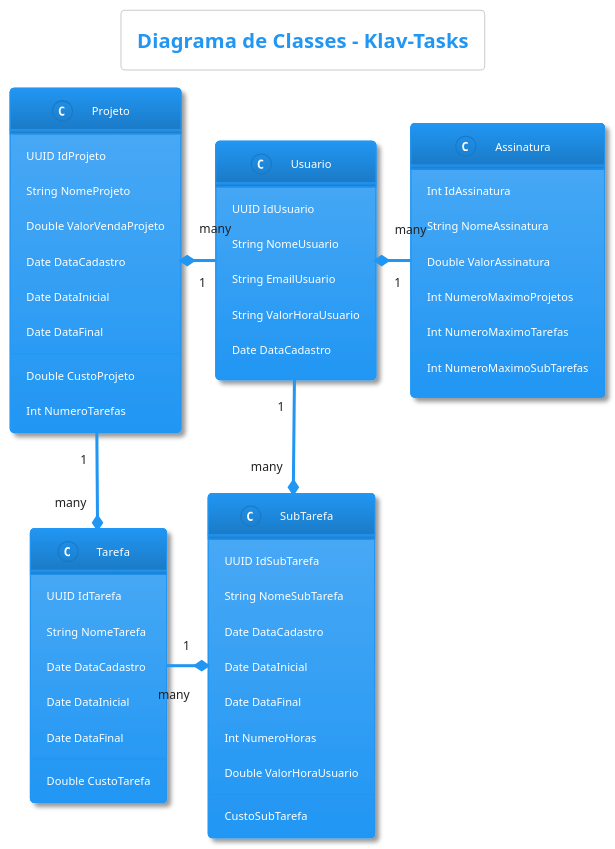
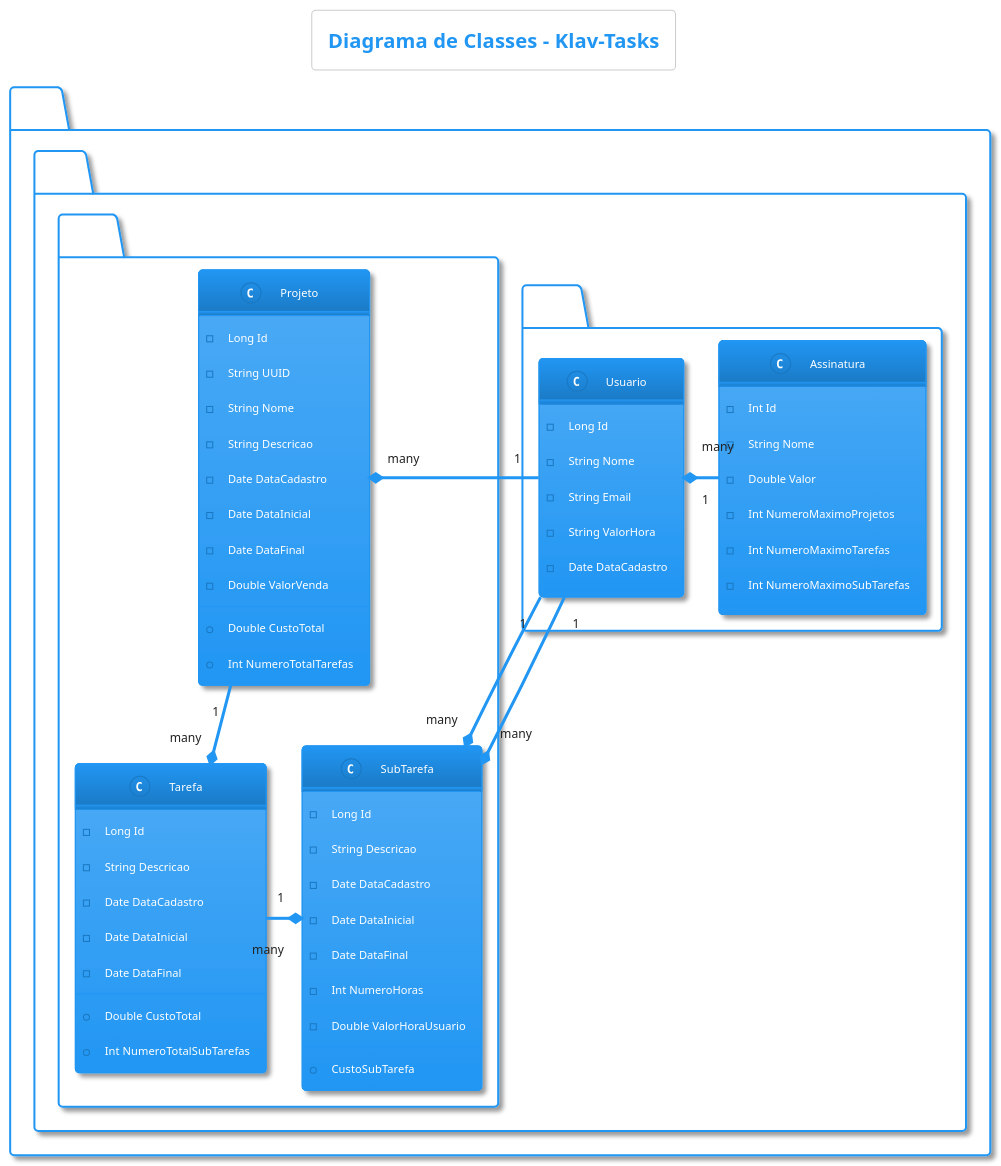
The diagram in klav-tasks-uml.puml (valkcastellani/klav-tasks), drawn with PlantUML before and after one commit.

Commit message:
Atualização do Diagrama de Classes

```diff
--- a/klav-tasks-uml.puml
+++ b/klav-tasks-uml.puml
@@ -1,61 +1,71 @@
 @startuml
 !theme materia
 
 skin rose
 
 title Diagrama de Classes - Klav-Tasks
 
-class Assinatura {
-  {field} Int IdAssinatura
-  {field} String NomeAssinatura
-  {field} Double ValorAssinatura
-  {field} Int NumeroMaximoProjetos
-  {field} Int NumeroMaximoTarefas
-  {field} Int NumeroMaximoSubTarefas
+package com.klav.users {
+
+  class Assinatura {
+    -{field} Int Id
+    -{field} String Nome
+    -{field} Double Valor
+    -{field} Int NumeroMaximoProjetos
+    -{field} Int NumeroMaximoTarefas
+    -{field} Int NumeroMaximoSubTarefas
+  }
+  
+  class Usuario {
+    -{field} Long Id
+    -{field} String Nome
+    -{field} String Email
+    -{field} String ValorHora
+    -{field} Date DataCadastro
+  }
 }
 
-class Usuario {
-  {field} UUID IdUsuario
-  {field} String NomeUsuario
-  {field} String EmailUsuario
-  {field} String ValorHoraUsuario
-  {field} Date DataCadastro
-}
-
-class Projeto {
-  {field} UUID IdProjeto
-  {field} String NomeProjeto
-  {field} Double ValorVendaProjeto
-  {field} Date DataCadastro
-  {field} Date DataInicial
-  {field} Date DataFinal
-  {method} Double CustoProjeto
-  {method} Int NumeroTarefas
-}
-
-class Tarefa {
-  {field} UUID IdTarefa
-  {field} String NomeTarefa
-  {field} Date DataCadastro
-  {field} Date DataInicial
-  {field} Date DataFinal
-  {method} Double CustoTarefa
-}
-
-class SubTarefa {
-  {field} UUID IdSubTarefa
-  {field} String NomeSubTarefa
-  {field} Date DataCadastro
-  {field} Date DataInicial
-  {field} Date DataFinal
-  {field} Int NumeroHoras
-  {field} Double ValorHoraUsuario
-  {method} CustoSubTarefa
+package com.klav.tasks {
+  
+  class Projeto {
+    -{field} Long Id
+    -{field} String UUID
+    -{field} String Nome
+    -{field} String Descricao
+    -{field} Date DataCadastro
+    -{field} Date DataInicial
+    -{field} Date DataFinal
+    -{field} Double ValorVenda
+    +{method} Double CustoTotal
+    +{method} Int NumeroTotalTarefas
+  }
+  
+  class Tarefa {
+    -{field} Long Id
+    -{field} String Descricao
+    -{field} Date DataCadastro
+    -{field} Date DataInicial
+    -{field} Date DataFinal
+    +{method} Double CustoTotal
+    +{method} Int NumeroTotalSubTarefas
+  }
+  
+  class SubTarefa {
+    -{field} Long Id
+    -{field} String Descricao
+    -{field} Date DataCadastro
+    -{field} Date DataInicial
+    -{field} Date DataFinal
+    -{field} Int NumeroHoras
+    -{field} Double ValorHoraUsuario
+    +{method} CustoSubTarefa
+  }
 }
 
 Assinatura "1" -left-* "many" Usuario
 Usuario "1" -left-* "many" Projeto
 Projeto "1" --* "many" Tarefa
 Tarefa "1" -right-* "many" SubTarefa
 Usuario "1" --* "many" SubTarefa
+Usuario "1" --* "many" SubTarefa
 @enduml
```
